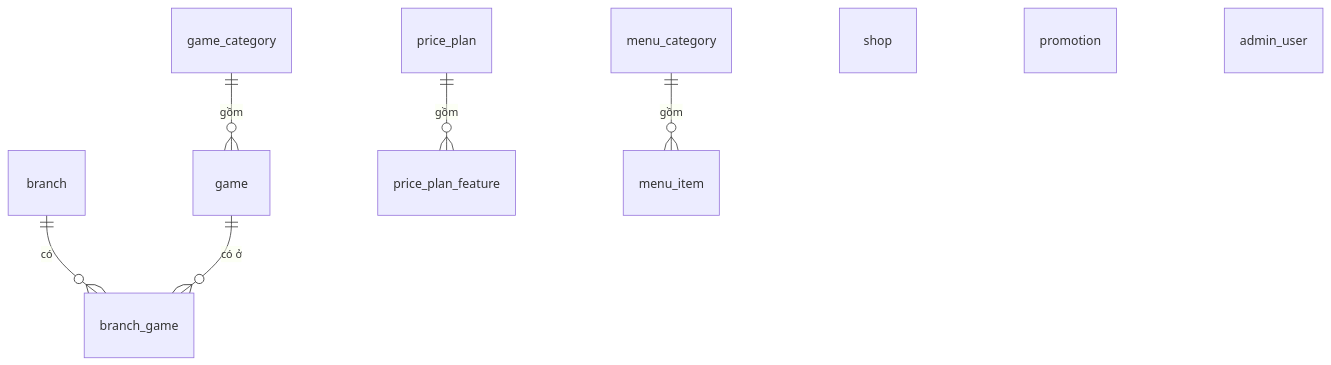
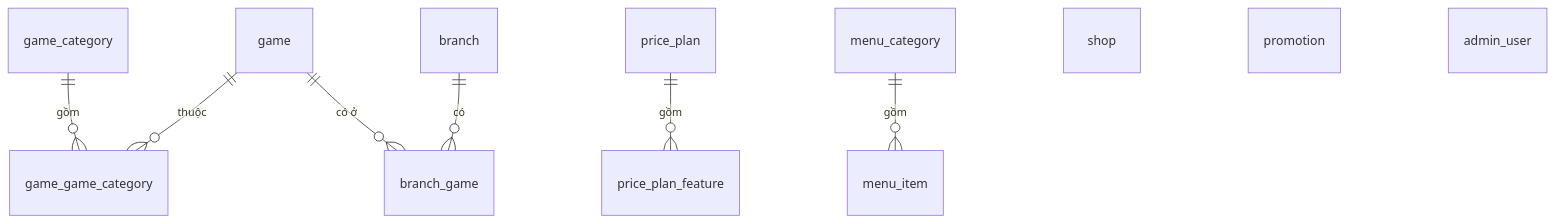
One commit to danhporo333/Fight-station changed the diagram in 01-share-docs/DATABASE.md. Above: the diagram before and after it, drawn with Mermaid. The commit also changed other lines of this file and 19 other files, not shown here.

Commit message:
tính năng(game)!: cho một game thuộc nhiều thể loại

````diff
--- a/01-share-docs/DATABASE.md
+++ b/01-share-docs/DATABASE.md
@@ -131,11 +133,12 @@
 ```mermaid
 erDiagram
-  game_category ||--o{ game : "gồm"
+  game_category ||--o{ game_game_category : "gồm"
+  game ||--o{ game_game_category : "thuộc"
   branch ||--o{ branch_game : "có"
   game ||--o{ branch_game : "có ở"
   price_plan ||--o{ price_plan_feature : "gồm"
   menu_category ||--o{ menu_item : "gồm"
   shop
   promotion
   admin_user
 ```
````
